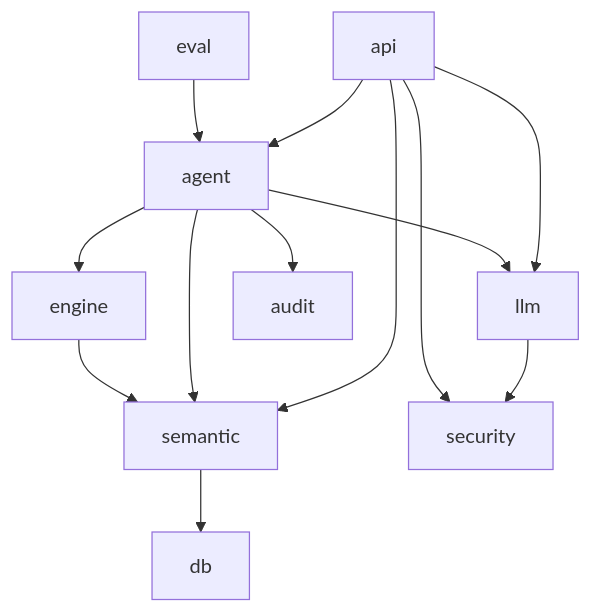
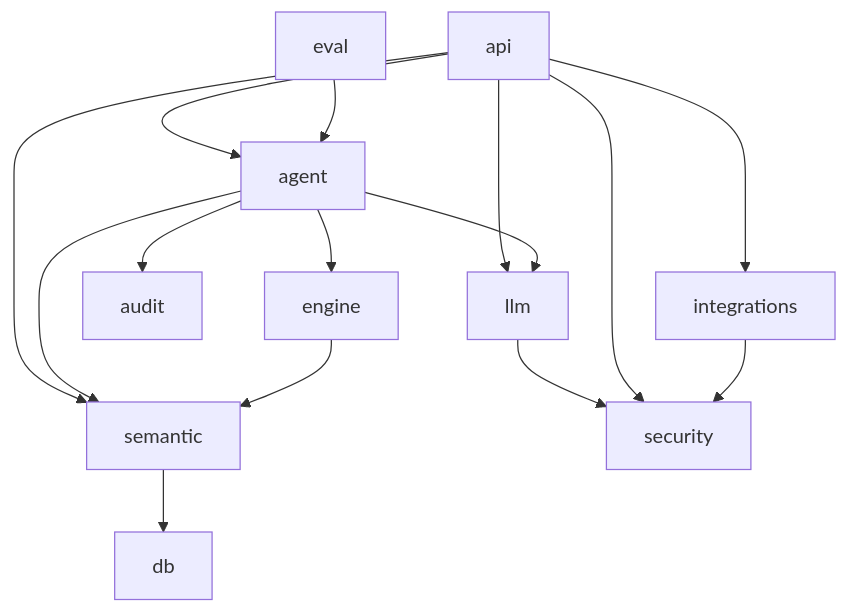
Before and after one commit to jmmana/ChatIApp: the third of 5 diagrams in docs/ARQUITECTURA.md, drawn with Mermaid. The commit also changed other lines of this file and 14 other files, not shown here.

First line of the commit message:
Diseñar la integración de ChatIApp en otras apps y publicar el roadmap

````diff
--- a/docs/ARQUITECTURA.md
+++ b/docs/ARQUITECTURA.md
@@ -69,15 +74,17 @@
 ```mermaid
 flowchart TD
     api --> agent
     api --> semantic
     api --> llm
     agent --> llm
     agent --> engine
     agent --> semantic
     engine --> semantic
     agent --> audit
     eval --> agent
     semantic --> db
     llm --> security
     api --> security
+    api --> integrations
+    integrations --> security
 ```
````
